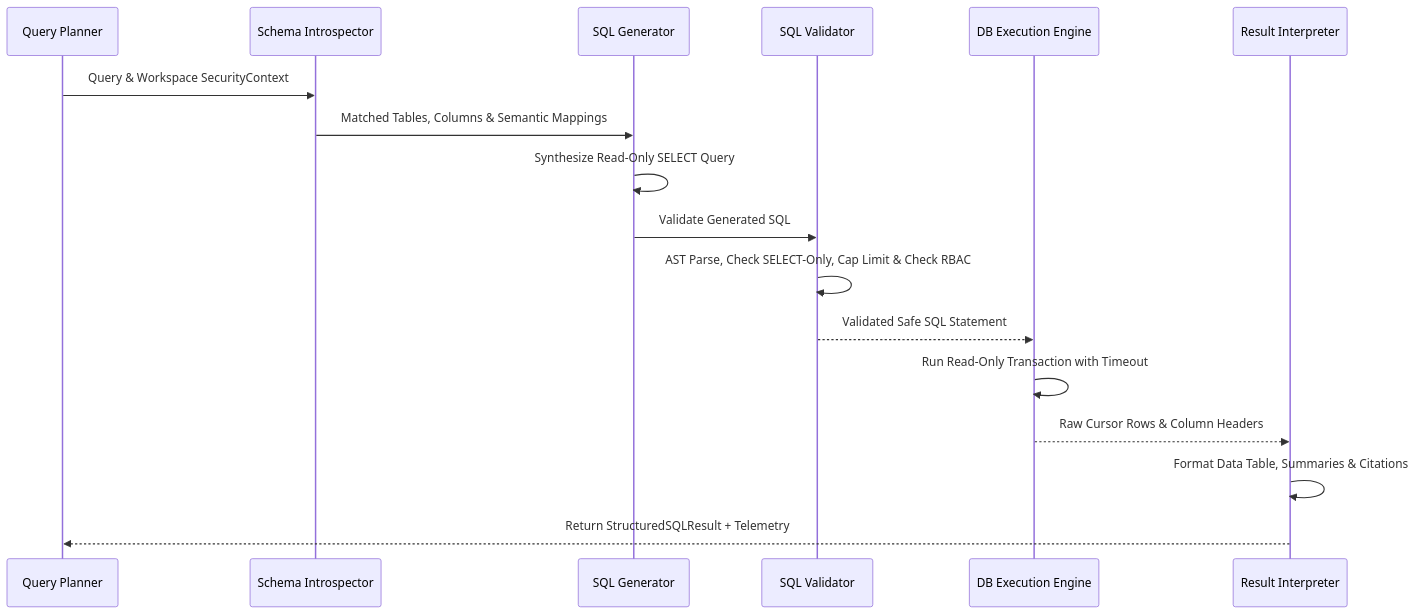
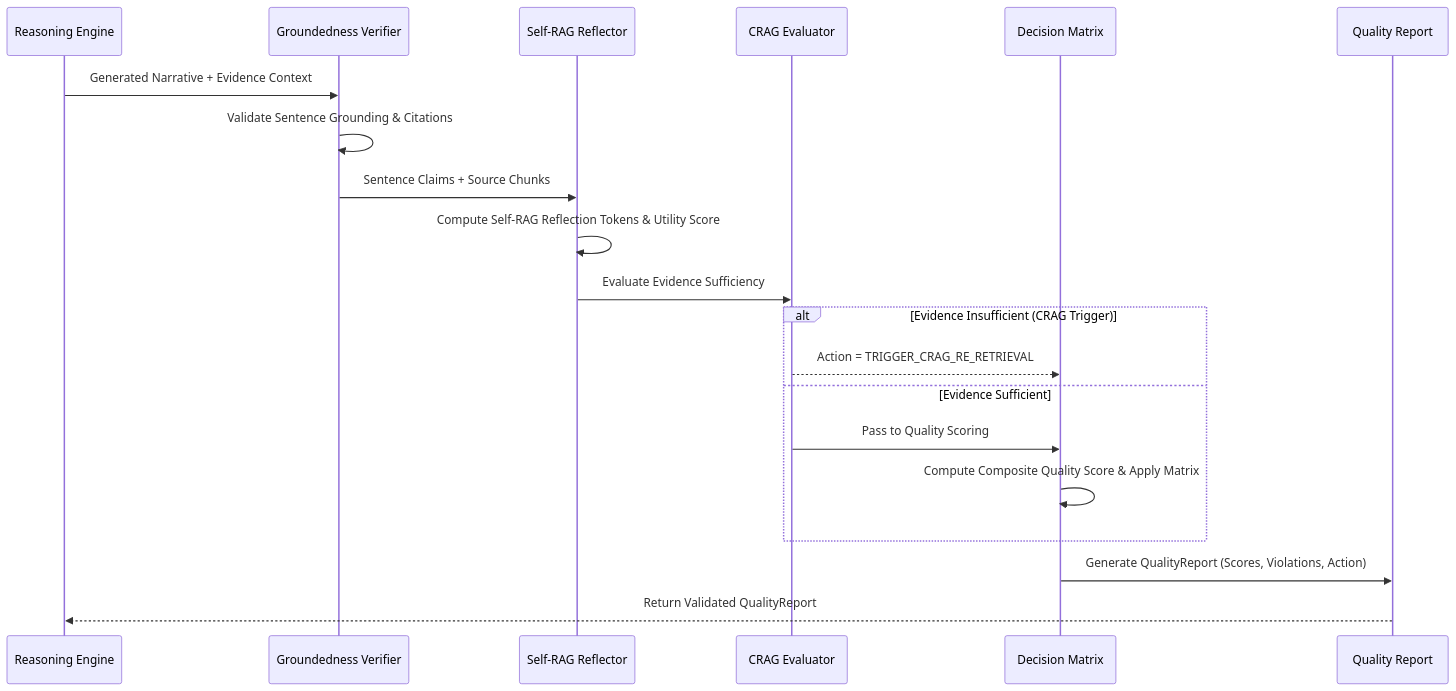
One commit to sreeram0343/ragtune changed the second of 2 diagrams in README.md. Above: the diagram before and after it, drawn with Mermaid. The commit also changed other lines of this file, not shown here.

Commit message:
docs: update README with Reflection, Verification & Quality Assurance Engine architecture, Self-RAG reflection, CRAG, and diagrams

````diff
--- a/README.md
+++ b/README.md
@@ -85,20 +92,23 @@
 ```mermaid
 sequenceDiagram
-    participant Planner as Query Planner
-    participant Schema as Schema Introspector
-    participant Gen as SQL Generator
-    participant Val as SQL Validator
-    participant Exec as DB Execution Engine
-    participant Interp as Result Interpreter
+    participant Synthesizer as Reasoning Engine
+    participant Verifier as Groundedness Verifier
+    participant SelfRAG as Self-RAG Reflector
+    participant CRAG as CRAG Evaluator
+    participant Decision as Decision Matrix
+    participant Report as Quality Report
 
-    Planner->>Schema: Query & Workspace SecurityContext
-    Schema->>Gen: Matched Tables, Columns & Semantic Mappings
-    Gen->>Gen: Synthesize Read-Only SELECT Query
-    Gen->>Val: Validate Generated SQL
-    Val->>Val: AST Parse, Check SELECT-Only, Cap Limit & Check RBAC
-    Val-->>Exec: Validated Safe SQL Statement
-    Exec->>Exec: Run Read-Only Transaction with Timeout
-    Exec-->>Interp: Raw Cursor Rows & Column Headers
-    Interp->>Interp: Format Data Table, Summaries & Citations
-    Interp-->>Planner: Return StructuredSQLResult + Telemetry
+    Synthesizer->>Verifier: Generated Narrative + Evidence Context
+    Verifier->>Verifier: Validate Sentence Grounding & Citations
+    Verifier->>SelfRAG: Sentence Claims + Source Chunks
+    SelfRAG->>SelfRAG: Compute Self-RAG Reflection Tokens & Utility Score
+    SelfRAG->>CRAG: Evaluate Evidence Sufficiency
+    alt Evidence Insufficient (CRAG Trigger)
+        CRAG-->>Decision: Action = TRIGGER_CRAG_RE_RETRIEVAL
+    else Evidence Sufficient
+        CRAG->>Decision: Pass to Quality Scoring
+        Decision->>Decision: Compute Composite Quality Score & Apply Matrix
+    end
+    Decision->>Report: Generate QualityReport (Scores, Violations, Action)
+    Report-->>Synthesizer: Return Validated QualityReport
 ```
````
